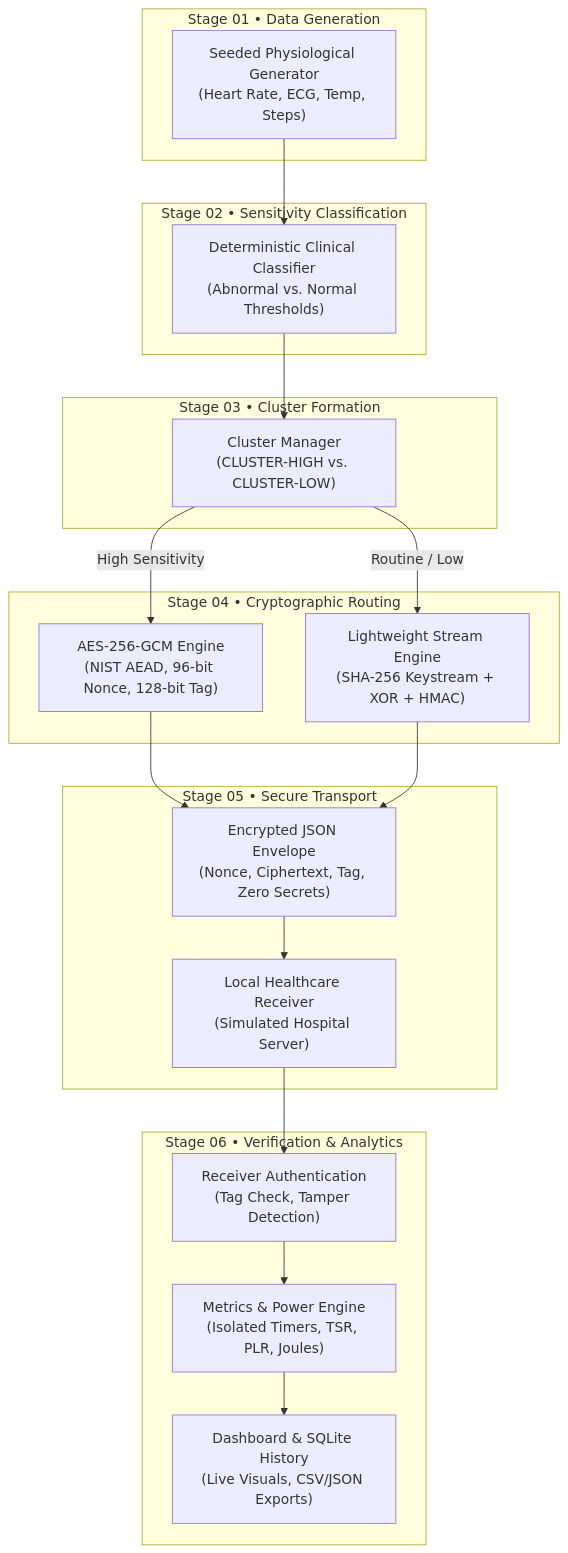
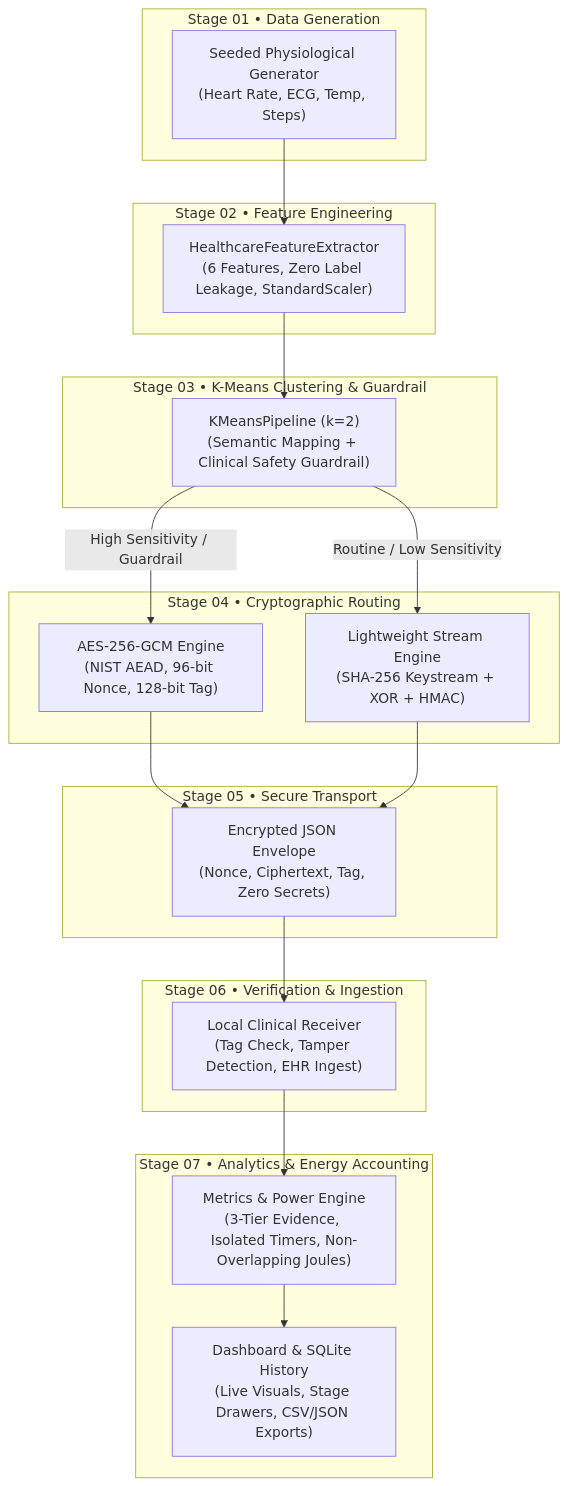
One commit to JATIN17082005/Cluster-Based-IoT-Healthcare-Encryption changed the diagram in README.md. Above: the diagram before and after it, drawn with Mermaid. The commit also changed other lines of this file and 16 other files, not shown here.

First line of the commit message:
feat: implement genuine K-Means clustering, dataset transparency, and defensible battery model

````diff
--- a/README.md
+++ b/README.md
@@ -73,41 +77,42 @@
 ```mermaid
 flowchart TD
     subgraph STAGE_1["Stage 01 • Data Generation"]
         A["Seeded Physiological Generator<br/>(Heart Rate, ECG, Temp, Steps)"]
     end
 
-    subgraph STAGE_2["Stage 02 • Sensitivity Classification"]
-        B["Deterministic Clinical Classifier<br/>(Abnormal vs. Normal Thresholds)"]
+    subgraph STAGE_2["Stage 02 • Feature Engineering"]
+        B["HealthcareFeatureExtractor<br/>(6 Features, Zero Label Leakage, StandardScaler)"]
     end
 
-    subgraph STAGE_3["Stage 03 • Cluster Formation"]
-        C["Cluster Manager<br/>(CLUSTER-HIGH vs. CLUSTER-LOW)"]
+    subgraph STAGE_3["Stage 03 • K-Means Clustering & Guardrail"]
+        C["KMeansPipeline (k=2)<br/>(Semantic Mapping + Clinical Safety Guardrail)"]
     end
 
     subgraph STAGE_4["Stage 04 • Cryptographic Routing"]
         D["AES-256-GCM Engine<br/>(NIST AEAD, 96-bit Nonce, 128-bit Tag)"]
         E["Lightweight Stream Engine<br/>(SHA-256 Keystream + XOR + HMAC)"]
     end
 
     subgraph STAGE_5["Stage 05 • Secure Transport"]
         F["Encrypted JSON Envelope<br/>(Nonce, Ciphertext, Tag, Zero Secrets)"]
-        G["Local Healthcare Receiver<br/>(Simulated Hospital Server)"]
     end
 
-    subgraph STAGE_6["Stage 06 • Verification & Analytics"]
-        H["Receiver Authentication<br/>(Tag Check, Tamper Detection)"]
-        I["Metrics & Power Engine<br/>(Isolated Timers, TSR, PLR, Joules)"]
-        J["Dashboard & SQLite History<br/>(Live Visuals, CSV/JSON Exports)"]
+    subgraph STAGE_6["Stage 06 • Verification & Ingestion"]
+        G["Local Clinical Receiver<br/>(Tag Check, Tamper Detection, EHR Ingest)"]
+    end
+
+    subgraph STAGE_7["Stage 07 • Analytics & Energy Accounting"]
+        H["Metrics & Power Engine<br/>(3-Tier Evidence, Isolated Timers, Non-Overlapping Joules)"]
+        I["Dashboard & SQLite History<br/>(Live Visuals, Stage Drawers, CSV/JSON Exports)"]
     end
 
     A --> B
     B --> C
-    C -->|High Sensitivity| D
-    C -->|Routine / Low| E
+    C -->|High Sensitivity / Guardrail| D
+    C -->|Routine / Low Sensitivity| E
     D --> F
     E --> F
     F --> G
     G --> H
     H --> I
-    I --> J
 ```
````
